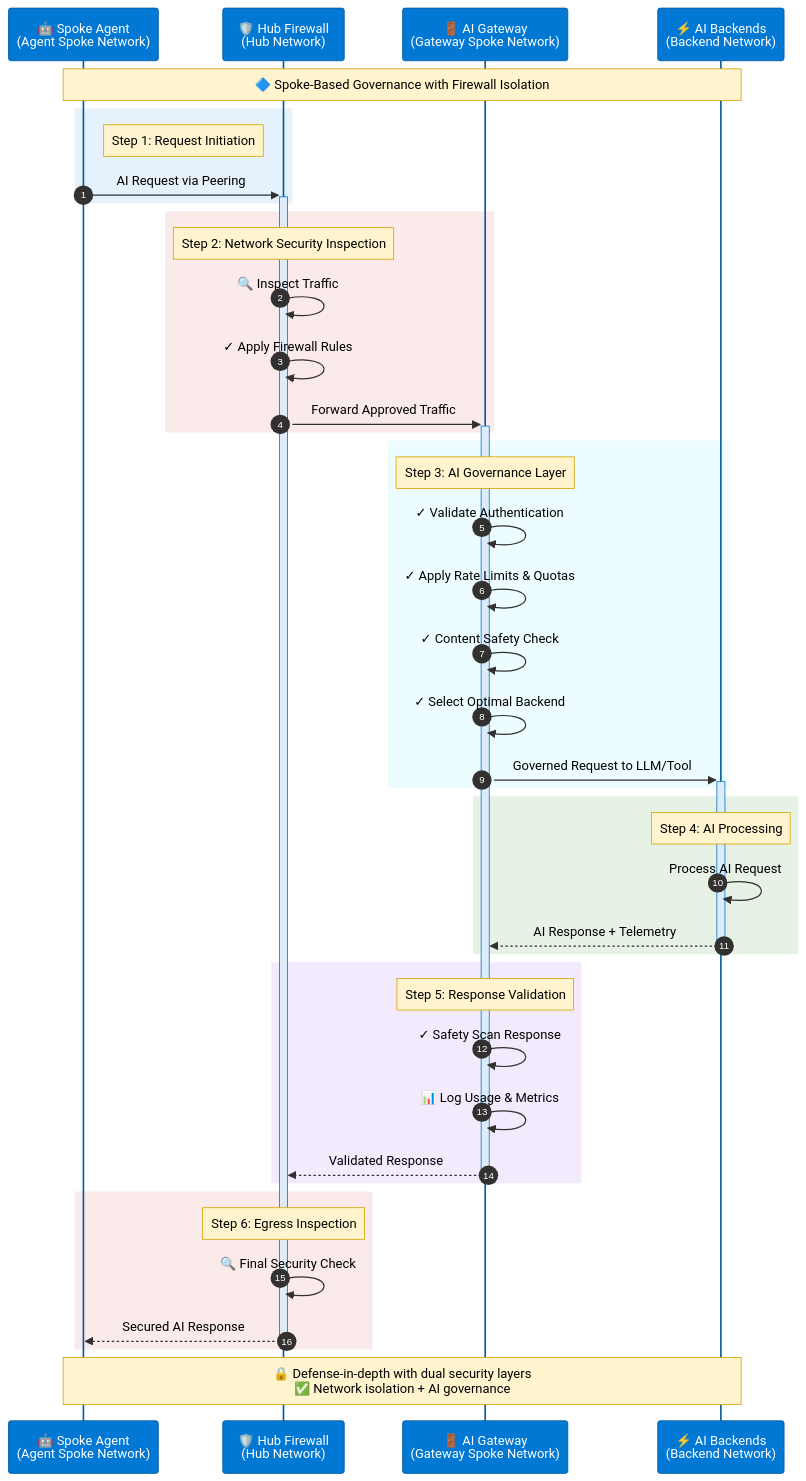
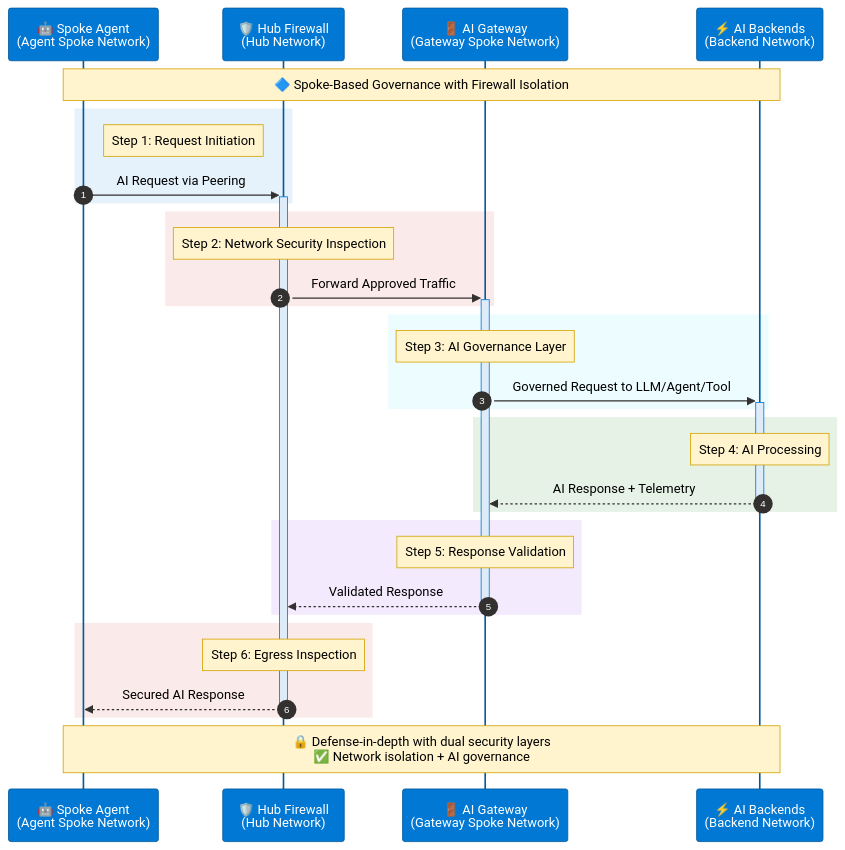
Before and after one commit to Azure-Samples/ai-hub-gateway-solution-accelerator: the second of 2 diagrams in CITADEL-README.md, drawn with Mermaid. The commit also changed other lines of this file, not shown here.

Commit message:
simplified network seq

````diff
--- a/CITADEL-README.md
+++ b/CITADEL-README.md
@@ -193,80 +186,70 @@
 ```mermaid
 %%{init: {
   'theme': 'base',
   'themeVariables': {
     'primaryColor': '#0078d4',
     'primaryTextColor': '#000',
     'primaryBorderColor': '#0078d4',
     'lineColor': '#605e5c',
     'secondaryColor': '#d13438',
     'tertiaryColor': '#f3f2f1',
     'noteBkgColor': '#fff4ce',
     'noteTextColor': '#000',
     'noteBorderColor': '#d4a300',
     'actorBkg': '#0078d4',
     'actorBorder': '#005a9e',
     'actorTextColor': '#fff',
     'actorLineColor': '#005a9e',
     'signalColor': '#323130',
     'signalTextColor': '#000',
     'labelBoxBkgColor': '#edebe9',
     'labelBoxBorderColor': '#8a8886',
     'labelTextColor': '#000',
     'loopTextColor': '#000',
     'activationBorderColor': '#0078d4',
     'activationBkgColor': '#deecf9',
     'sequenceNumberColor': '#fff'
   }
 }}%%
 sequenceDiagram
     autonumber
     
     participant Agent as 🤖 Spoke Agent<br/>(Agent Spoke Network)
     participant Firewall as 🛡️ Hub Firewall<br/>(Hub Network)
     participant Gateway as 🚪 AI Gateway<br/>(Gateway Spoke Network)
     participant Backends as ⚡ AI Backends<br/>(Backend Network)
 
     Note over Agent,Backends: 🔷 Spoke-Based Governance with Firewall Isolation
     
     rect rgba(0, 120, 212, 0.1)
         Note right of Agent: Step 1: Request Initiation
         Agent->>+Firewall: AI Request via Peering
     end
     
     rect rgba(209, 52, 56, 0.1)
         Note over Firewall: Step 2: Network Security Inspection
-        Firewall->>Firewall: 🔍 Inspect Traffic
-        Firewall->>Firewall: ✓ Apply Firewall Rules
         Firewall->>+Gateway: Forward Approved Traffic
     end
     
     rect rgba(80, 230, 255, 0.1)
         Note over Gateway: Step 3: AI Governance Layer
-        Gateway->>Gateway: ✓ Validate Authentication
-        Gateway->>Gateway: ✓ Apply Rate Limits & Quotas
-        Gateway->>Gateway: ✓ Content Safety Check
-        Gateway->>Gateway: ✓ Select Optimal Backend
-        Gateway->>+Backends: Governed Request to LLM/Tool
+        Gateway->>+Backends: Governed Request to LLM/Agent/Tool
     end
     
     rect rgba(16, 124, 16, 0.1)
         Note over Backends: Step 4: AI Processing
-        Backends->>Backends: Process AI Request
         Backends-->>-Gateway: AI Response + Telemetry
     end
     
     rect rgba(147, 51, 234, 0.1)
         Note over Gateway: Step 5: Response Validation
-        Gateway->>Gateway: ✓ Safety Scan Response
-        Gateway->>Gateway: 📊 Log Usage & Metrics
         Gateway-->>-Firewall: Validated Response
     end
     
     rect rgba(209, 52, 56, 0.1)
         Note over Firewall: Step 6: Egress Inspection
-        Firewall->>Firewall: 🔍 Final Security Check
         Firewall-->>-Agent: Secured AI Response
     end
     
     Note over Agent,Backends: 🔒 Defense-in-depth with dual security layers<br/>✅ Network isolation + AI governance
 ```
````
